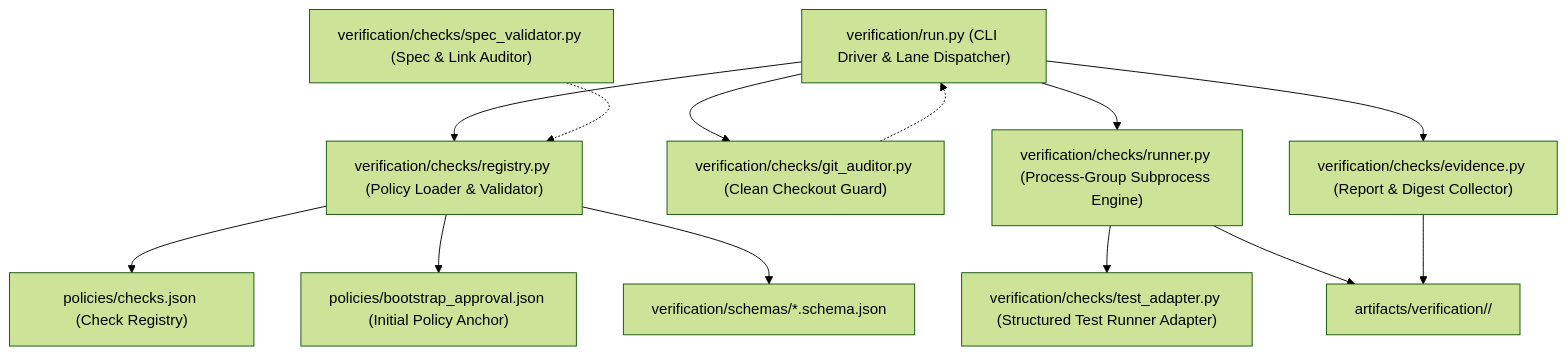
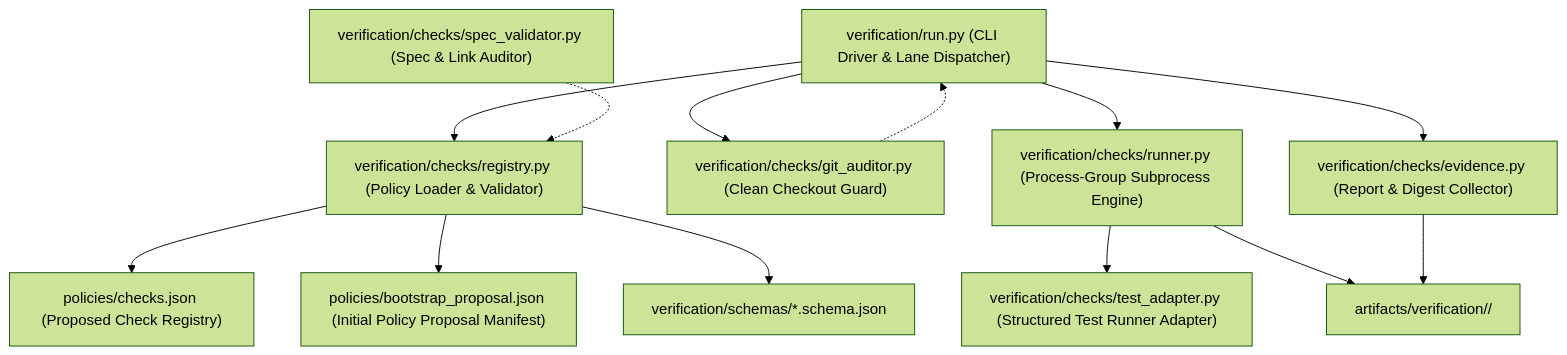
The first of 2 diagrams in specs/changes/FCT-000/design.md (QuanCters/weback-android), drawn with Mermaid (forest theme) before and after one commit. The commit also changed other lines of this file and 7 other files, not shown here.

````diff
--- a/specs/changes/FCT-000/design.md
+++ b/specs/changes/FCT-000/design.md
@@ -15,27 +15,27 @@
 ```mermaid
 graph TD
     CLI["verification/run.py (CLI Driver & Lane Dispatcher)"]
     Registry["verification/checks/registry.py (Policy Loader & Validator)"]
     GitGuard["verification/checks/git_auditor.py (Clean Checkout Guard)"]
     Executor["verification/checks/runner.py (Process-Group Subprocess Engine)"]
     TestAdapter["verification/checks/test_adapter.py (Structured Test Runner Adapter)"]
     Evidence["verification/checks/evidence.py (Report & Digest Collector)"]
     SpecChecker["verification/checks/spec_validator.py (Spec & Link Auditor)"]
-    PolicyJSON["policies/checks.json (Check Registry)"]
-    BootstrapJSON["policies/bootstrap_approval.json (Initial Policy Anchor)"]
+    PolicyJSON["policies/checks.json (Proposed Check Registry)"]
+    BootstrapJSON["policies/bootstrap_proposal.json (Initial Policy Proposal Manifest)"]
     Schemas["verification/schemas/*.schema.json"]
     Artifacts["artifacts/verification/<run_id>/"]
 
     CLI --> Registry
     CLI --> GitGuard
     CLI --> Executor
     CLI --> Evidence
     Registry --> PolicyJSON
     Registry --> BootstrapJSON
     Registry --> Schemas
     Executor --> TestAdapter
     Executor --> Artifacts
     Evidence --> Artifacts
     GitGuard -.-> CLI
     SpecChecker -.-> Registry
 ```
````
